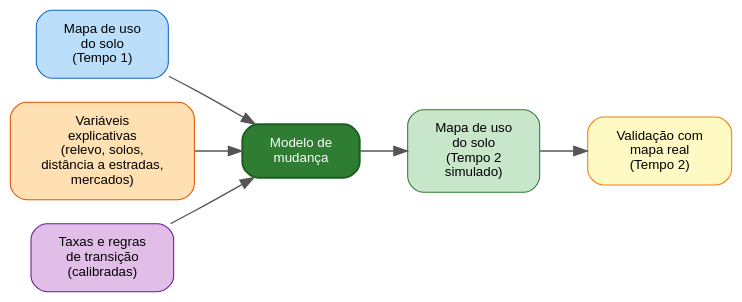
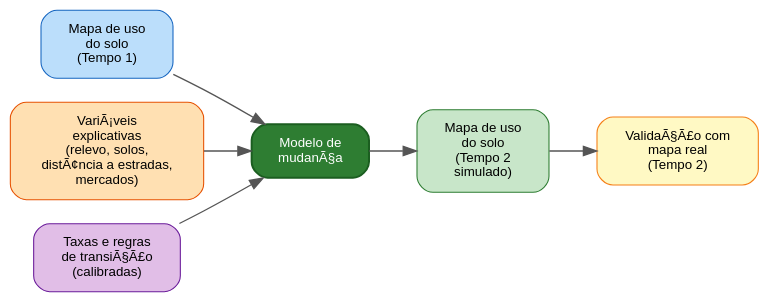
The second of 2 diagrams in books/ciencia-paisagem/capitulos/12-dinamica-uso-solo.qmd (ldvsantos/cv), drawn with Graphviz before and after one commit. The commit also changed other lines of this file and 39 other files, not shown here.

Commit message:
livro ciencia-paisagem: sinopse, Fig 1.1 e 2.1 em TikZ, enriquecimento caps 06/08/09/12/13

````diff
--- a/books/ciencia-paisagem/capitulos/12-dinamica-uso-solo.qmd
+++ b/books/ciencia-paisagem/capitulos/12-dinamica-uso-solo.qmd
@@ -82,24 +82,24 @@
 ```{dot}
 //| label: fig-estrutura-modelo-lulc
-//| fig-cap: "Estrutura lógica geral de um modelo de mudança de uso do solo, integrando dados espaciais, variáveis explicativas e regras de transição para projetar cenários futuros."
+//| fig-cap: "Estrutura lÃ³gica geral de um modelo de mudanÃ§a de uso do solo, integrando dados espaciais, variÃ¡veis explicativas e regras de transiÃ§Ã£o para projetar cenÃ¡rios futuros."
 //| fig-width: 6.5
 digraph {
     rankdir=LR
     bgcolor="transparent"
     node [shape=box, style="rounded,filled", fontname="Helvetica", fontsize=10, margin="0.25,0.12", penwidth=0.8]
     edge [color="#555555", penwidth=1.0]
 
     A [label="Mapa de uso\ndo solo\n(Tempo 1)", fillcolor="#BBDEFB", color="#1565C0"]
-    C [label="Variáveis\nexplicativas\n(relevo, solos,\ndistância a estradas,\nmercados)", fillcolor="#FFE0B2", color="#E65100"]
-    D [label="Taxas e regras\nde transição\n(calibradas)", fillcolor="#E1BEE7", color="#6A1B9A"]
-    B [label="Modelo de\nmudança", fillcolor="#2E7D32", fontcolor="white", color="#1B5E20", penwidth=1.5]
+    C [label="VariÃ¡veis\nexplicativas\n(relevo, solos,\ndistÃ¢ncia a estradas,\nmercados)", fillcolor="#FFE0B2", color="#E65100"]
+    D [label="Taxas e regras\nde transiÃ§Ã£o\n(calibradas)", fillcolor="#E1BEE7", color="#6A1B9A"]
+    B [label="Modelo de\nmudanÃ§a", fillcolor="#2E7D32", fontcolor="white", color="#1B5E20", penwidth=1.5]
     E [label="Mapa de uso\ndo solo\n(Tempo 2\nsimulado)", fillcolor="#C8E6C9", color="#2E7D32"]
-    F [label="Validação com\nmapa real\n(Tempo 2)", fillcolor="#FFF9C4", color="#F57F17"]
+    F [label="ValidaÃ§Ã£o com\nmapa real\n(Tempo 2)", fillcolor="#FFF9C4", color="#F57F17"]
 
     A -> B
     C -> B
     D -> B
     B -> E
     E -> F
 }
 ```
````
